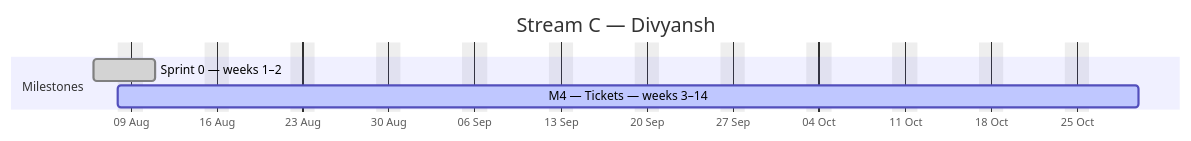
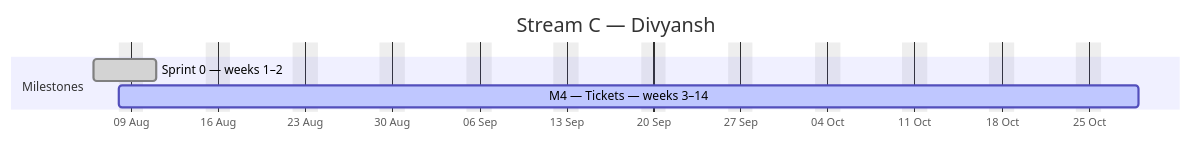
The third of 4 diagrams in docs/plan/GANTT.md (debashisedunext/EduTrack), drawn with Mermaid before and after one commit. The commit also changed other lines of this file and 3 other files, not shown here.

````diff
--- a/docs/plan/GANTT.md
+++ b/docs/plan/GANTT.md
@@ -142,10 +142,10 @@
 ```mermaid
 gantt
     dateFormat YYYY-MM-DD
     axisFormat %d %b
     title Stream C — Divyansh
     excludes weekends
     section Milestones
     Sprint 0 — weeks 1–2 :done, c0, 2026-08-06, 3d
-    M4 — Tickets — weeks 3–14 :active, c1, 2026-08-08, 60d
+    M4 — Tickets — weeks 3–14 :active, c1, 2026-08-08, 59d
 ```
````
